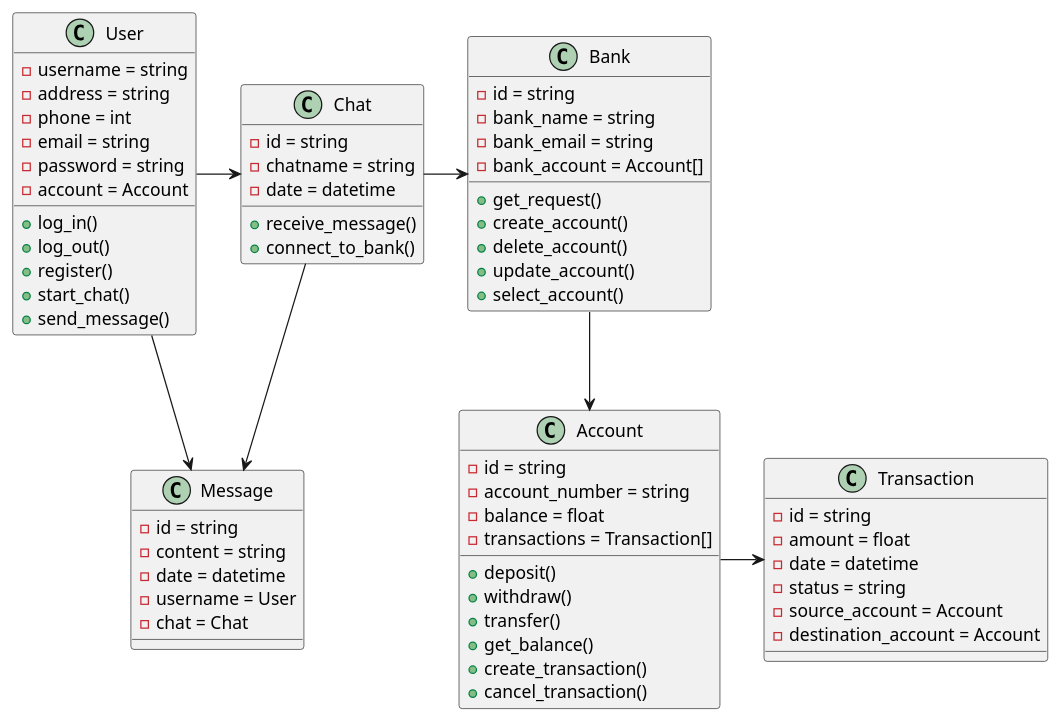
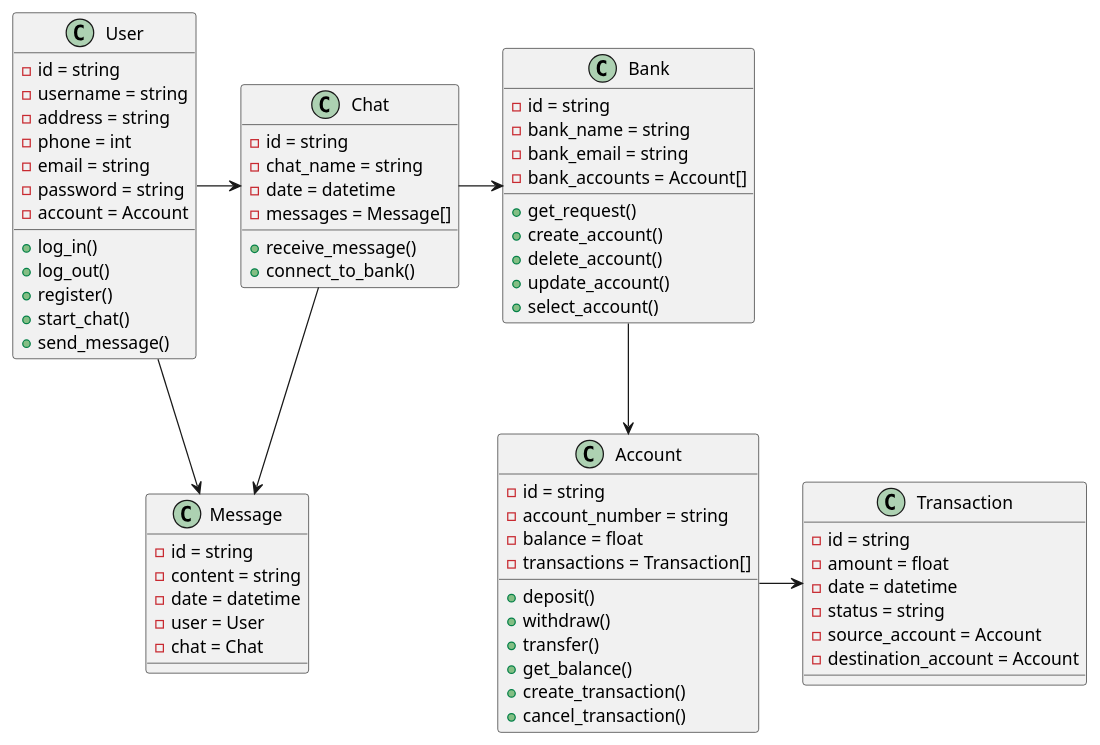
The diagram in diagrams/bank_helper.puml (NKAmazing/BankHelper), drawn with PlantUML before and after one commit. The commit also changed 3 other files, not shown here.

Commit message:
#3 models updated according to diagram class

```diff
--- a/diagrams/bank_helper.puml
+++ b/diagrams/bank_helper.puml
@@ -1,77 +1,79 @@
 @startuml bank_helper
 
 '''Class diagram of a Bank Assistant that use a server-client architecture'''
 
 class User {
+    - id = string
     - username = string
     - address = string
     - phone = int
     - email = string
     - password = string
     - account = Account
     + log_in()
     + log_out()
     + register()
     + start_chat()
     + send_message()
 }
 
 class Message {
     - id = string
     - content = string
     - date = datetime
-    - username = User
+    - user = User
     - chat = Chat
 }
 
 class Chat {
     - id = string
-    - chatname = string
+    - chat_name = string
     - date = datetime
+    - messages = Message[]
     + receive_message()
     + connect_to_bank()
 
 }
 
 class Bank {
     - id = string
     - bank_name = string
     - bank_email = string
-    - bank_account = Account[]
+    - bank_accounts = Account[]
     + get_request()
     + create_account()
     + delete_account()
     + update_account()
     + select_account()
 }
 
 class Account {
     - id = string
     - account_number = string
     - balance = float
     - transactions = Transaction[]
     + deposit()
     + withdraw()
     + transfer()
     + get_balance()
     + create_transaction()
     + cancel_transaction()
 }
 
 class Transaction {
     - id = string
     - amount = float
     - date = datetime
     - status = string
     - source_account = Account
     - destination_account = Account
 }
 
 User -d-> Message
 User -r-> Chat
 Chat -d-> Message
 Chat -r-> Bank
 Bank -d-> Account
 Account -r-> Transaction
 
 @enduml
```
